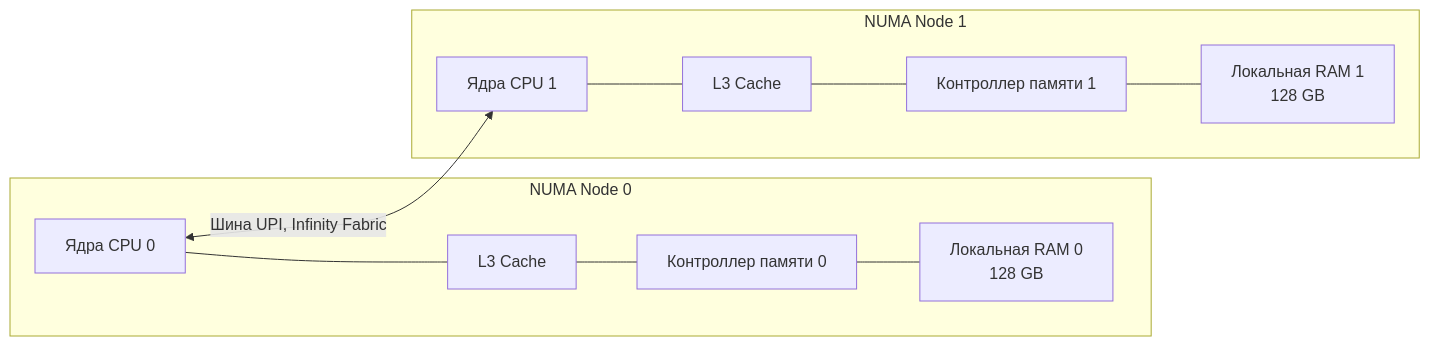
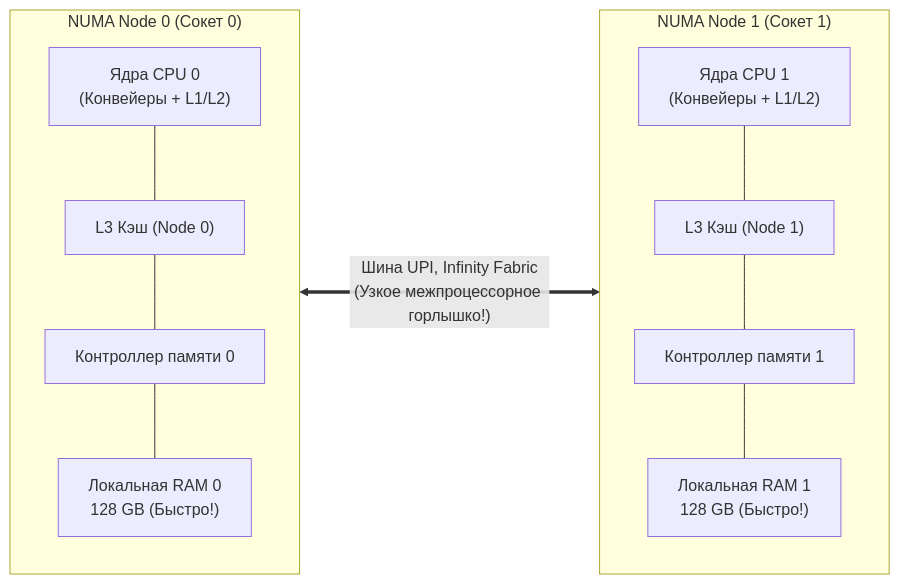
The first of 2 diagrams in sources/1. Архитектура компьютера/31. NUMA. Non Uniform Memory Access.md (UnrealTemplier/go-textbook), drawn with Mermaid before and after one commit. The commit also changed other lines of this file, not shown here.

Commit message:
feat(module-01): editorial rewrite of Article 31 (NUMA Architecture) in Kernighan style

````diff
--- a/sources/1. Архитектура компьютера/31. NUMA. Non Uniform Memory Access.md
+++ b/sources/1. Архитектура компьютера/31. NUMA. Non Uniform Memory Access.md
@@ -23,16 +30,24 @@
 ```mermaid
 flowchart LR
-    subgraph Node0 ["NUMA Node 0"]
-        CPU0["Ядра CPU 0"] --- L3_0["L3 Cache"]
-        L3_0 --- MC0["Контроллер памяти 0"]
-        MC0 --- RAM0["Локальная RAM 0<br>128 GB"]
+    subgraph Node0 ["NUMA Node 0 (Сокет 0)"]
+        direction TB
+        CPU0["Ядра CPU 0<br>(Конвейеры + L1/L2)"]
+        L3_0["L3 Кэш (Node 0)"]
+        MC0["Контроллер памяти 0"]
+        RAM0["Локальная RAM 0<br>128 GB (Быстро!)"]
+        
+        CPU0 --- L3_0 --- MC0 --- RAM0
     end
     
-    subgraph Node1 ["NUMA Node 1"]
-        CPU1["Ядра CPU 1"] --- L3_1["L3 Cache"]
-        L3_1 --- MC1["Контроллер памяти 1"]
-        MC1 --- RAM1["Локальная RAM 1<br>128 GB"]
+    subgraph Node1 ["NUMA Node 1 (Сокет 1)"]
+        direction TB
+        CPU1["Ядра CPU 1<br>(Конвейеры + L1/L2)"]
+        L3_1["L3 Кэш (Node 1)"]
+        MC1["Контроллер памяти 1"]
+        RAM1["Локальная RAM 1<br>128 GB (Быстро!)"]
+        
+        CPU1 --- L3_1 --- MC1 --- RAM1
     end
     
-    CPU0 <-->|Шина UPI, Infinity Fabric| CPU1
+    MC0 <===>|"Шина UPI, Infinity Fabric<br>(Узкое межпроцессорное горлышко!)"| MC1
 ```
````
